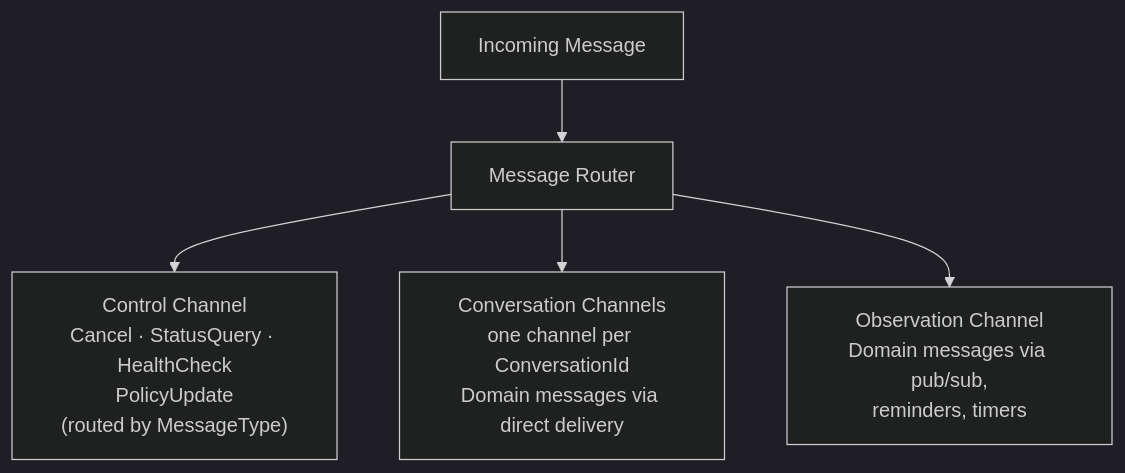
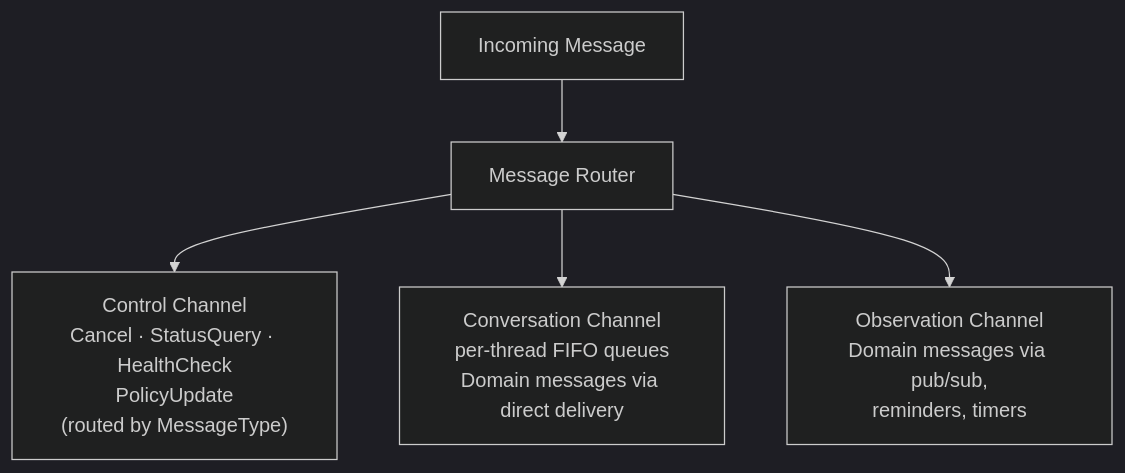
Before and after one commit to savasp/spring-voyage: the first of 5 diagrams in docs/architecture/messaging.md, drawn with Mermaid (dark theme). The commit also changed other lines of this file and 3 other files, not shown here.

````diff
--- a/docs/architecture/messaging.md
+++ b/docs/architecture/messaging.md
@@ -17,7 +23,7 @@
 ```mermaid
 graph TD
     msg["Incoming Message"] --> router["Message Router"]
     router --> control["Control Channel<br/>Cancel · StatusQuery · HealthCheck<br/>PolicyUpdate<br/>(routed by MessageType)"]
-    router --> conv["Conversation Channels<br/>one channel per ConversationId<br/>Domain messages via direct delivery"]
+    router --> conv["Conversation Channel<br/>per-thread FIFO queues<br/>Domain messages via direct delivery"]
     router --> obs["Observation Channel<br/>Domain messages via pub/sub,<br/>reminders, timers"]
 ```
````
